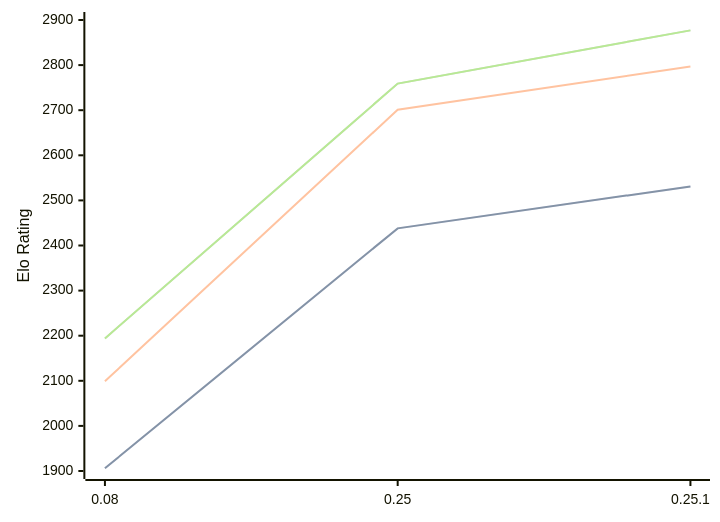
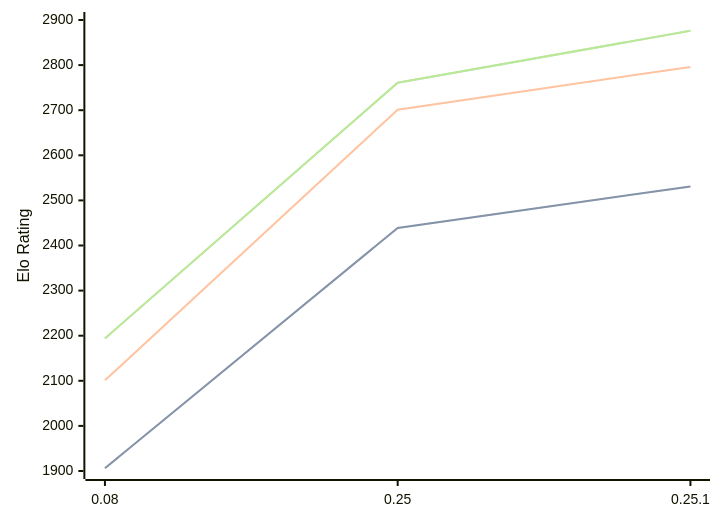
Before and after one commit to computer-chess-index/cci: the diagram in engines/Gecko.md, drawn with Mermaid. The commit also changed other lines of this file, not shown here.

Commit message:
Update CCI Ratings (ELO VLTC) - 2026-04-22

````diff
--- a/engines/Gecko.md
+++ b/engines/Gecko.md
@@ -33,11 +33,11 @@
 ```mermaid
 %%{init: {"theme":"base","themeVariables":{"seriesColors:['#a3a3a3','#222221','#faa371']}}}%%
 xychart-beta
   x-axis ["0.08", "0.25", "0.25.1"]
   y-axis "Elo Rating" 1900 --> 2900
-  line "STC (8.0+0.08s)" [1906, 2438, 2531]
-  line "STC (8.0+0.08s)" [1906, 2438, 2531]
-  line "LTC (60.0+0.60s)" [2099, 2701, 2797]
-  line "VLTC (2m24s+1.12s)" [2194, 2759, 2877]
-  line "VLTC (2m24s+1.12s)" [2194, 2759, 2877]
+  line "STC (8.0+0.08s)" [1906, 2439, 2531]
+  line "STC (8.0+0.08s)" [1906, 2439, 2531]
+  line "LTC (60.0+0.60s)" [2101, 2701, 2796]
+  line "VLTC (2m24s+1.12s)" [2194, 2761, 2876]
+  line "VLTC (2m24s+1.12s)" [2194, 2761, 2876]
 ```
````
